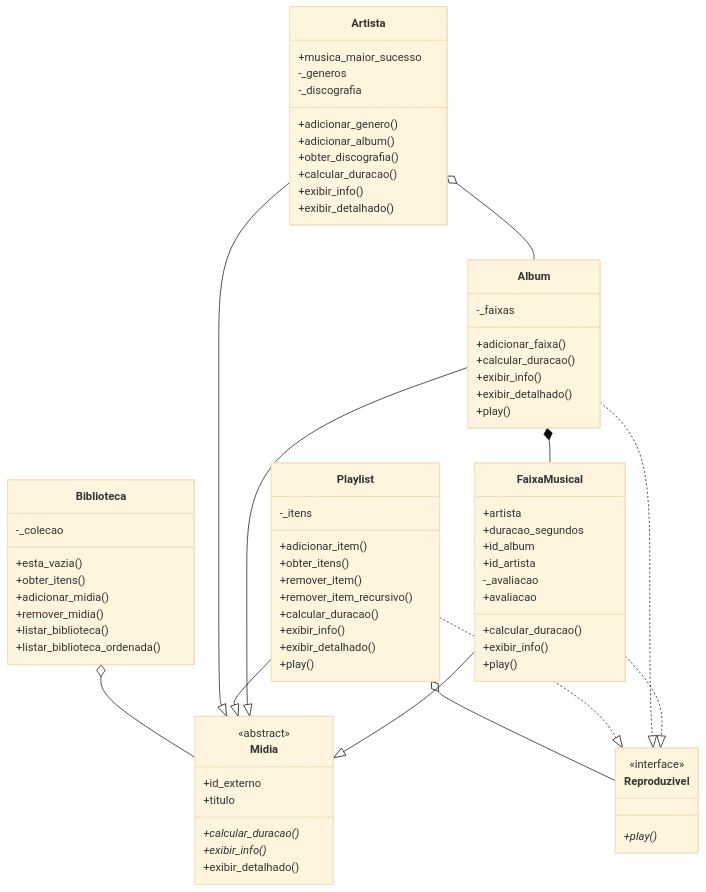
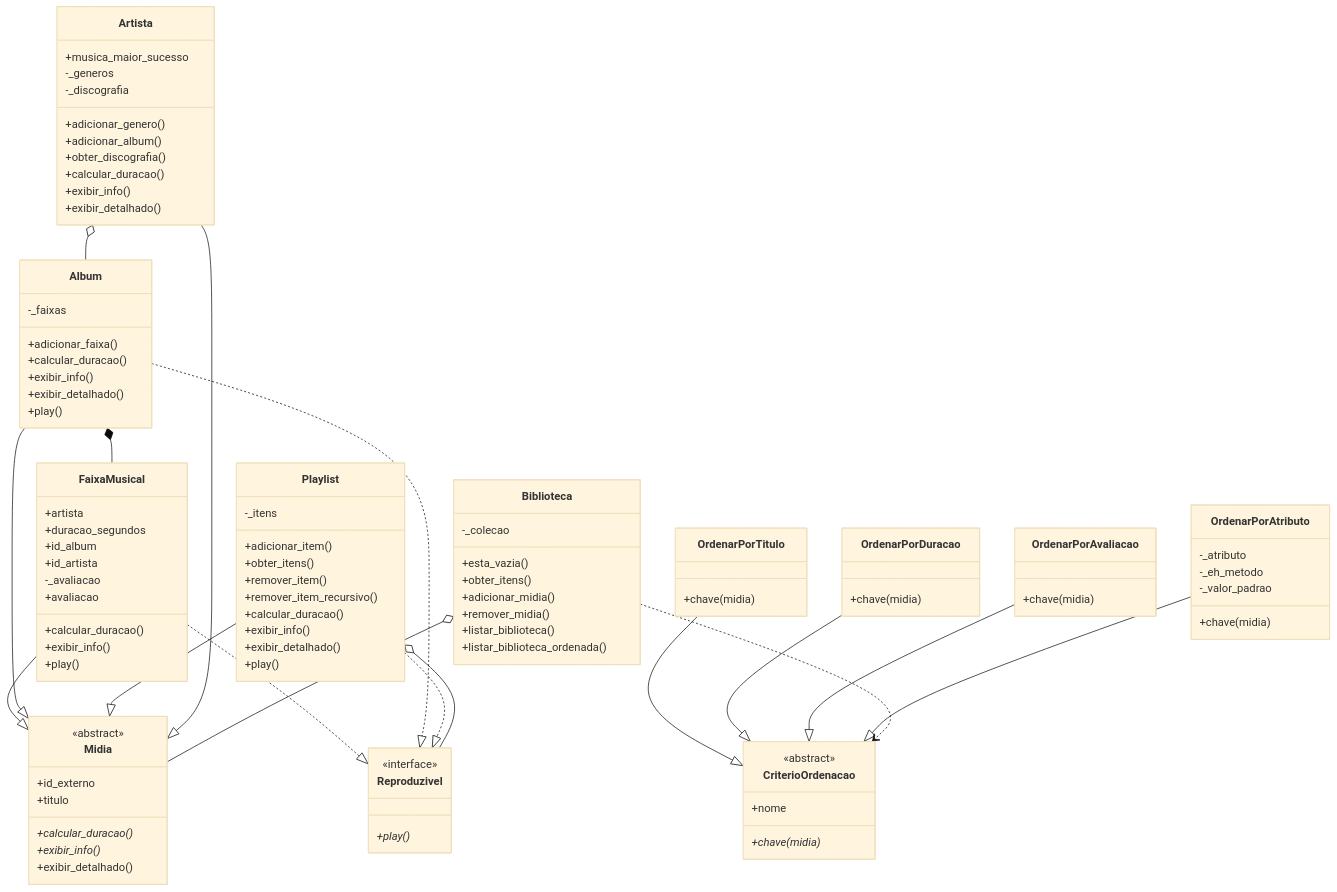
The diagram in README.md (Lucas-GBueno/Projeto-Software-2026.2), drawn with Mermaid (base theme) before and after one commit. The commit also changed other lines of this file and 2 other files, not shown here.

Commit message:
Funcionalidades de Ordenação por Polimorfismo

````diff
--- a/README.md
+++ b/README.md
@@ -89,6 +89,27 @@
         +listar_biblioteca_ordenada()
     }
 
+    class CriterioOrdenacao {
+        <<abstract>>
+        +nome
+        +chave(midia)*
+    }
+    class OrdenarPorTitulo {
+        +chave(midia)
+    }
+    class OrdenarPorDuracao {
+        +chave(midia)
+    }
+    class OrdenarPorAvaliacao {
+        +chave(midia)
+    }
+    class OrdenarPorAtributo {
+        -_atributo
+        -_eh_metodo
+        -_valor_padrao
+        +chave(midia)
+    }
+
     FaixaMusical --|> Midia
     Album --|> Midia
     Playlist --|> Midia
@@ -101,4 +122,9 @@
     Playlist o-- Reproduzivel
     Artista o-- Album
     Biblioteca o-- Midia
+    OrdenarPorTitulo --|> CriterioOrdenacao
+    OrdenarPorDuracao --|> CriterioOrdenacao
+    OrdenarPorAvaliacao --|> CriterioOrdenacao
+    OrdenarPorAtributo --|> CriterioOrdenacao
+    Biblioteca ..> CriterioOrdenacao
 ```
````
